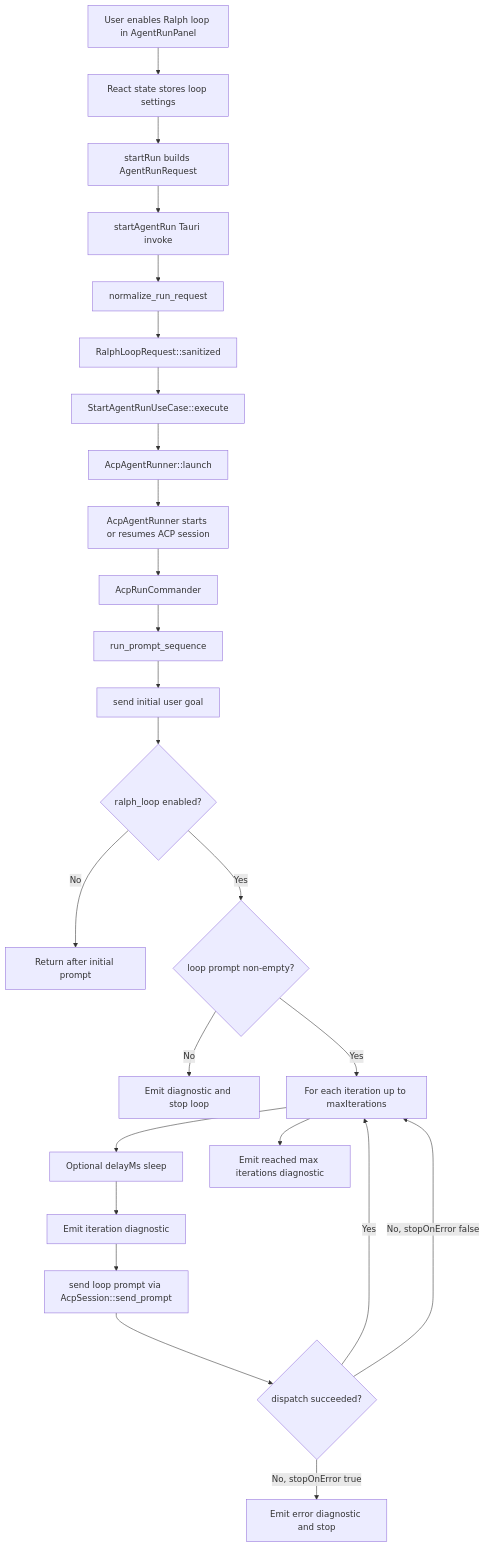
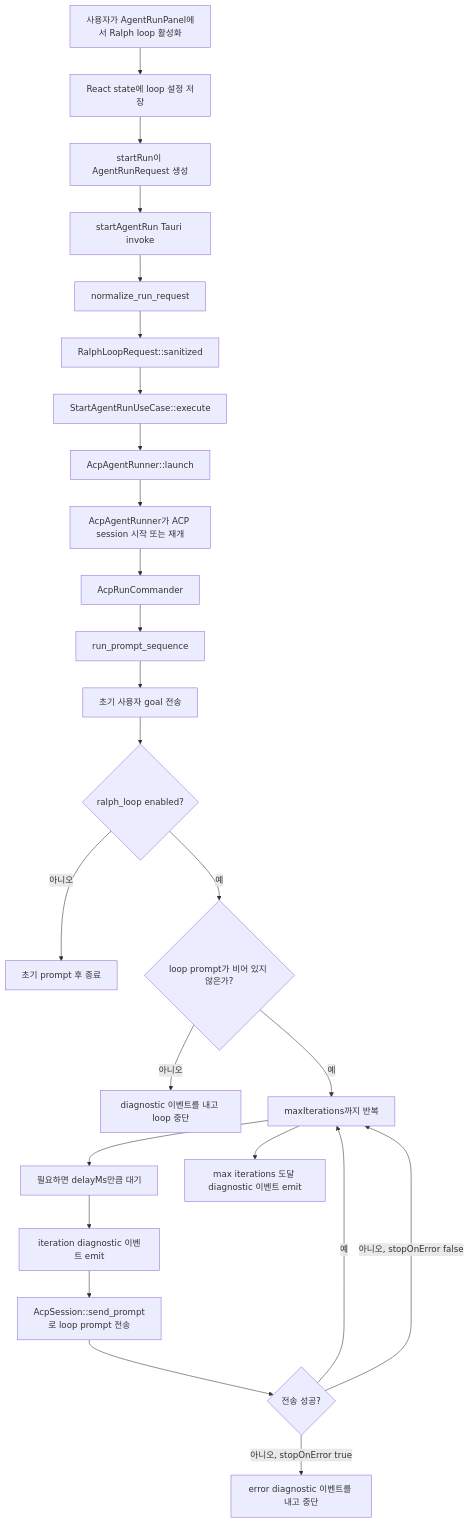
The diagram in docs/ralph-mode-implementation.md (yoophi/agentic-workbench), drawn with Mermaid before and after one commit. The commit also changed other lines of this file, not shown here.

Commit message:
Translate Ralph mode documentation to Korean

````diff
--- a/docs/ralph-mode-implementation.md
+++ b/docs/ralph-mode-implementation.md
@@ -13,27 +13,27 @@
 ```mermaid
 flowchart TD
-  User[User enables Ralph loop in AgentRunPanel] --> UIState[React state stores loop settings]
-  UIState --> StartRun[startRun builds AgentRunRequest]
+  User[사용자가 AgentRunPanel에서 Ralph loop 활성화] --> UIState[React state에 loop 설정 저장]
+  UIState --> StartRun[startRun이 AgentRunRequest 생성]
   StartRun --> TauriInvoke[startAgentRun Tauri invoke]
   TauriInvoke --> Normalize[normalize_run_request]
   Normalize --> Sanitize[RalphLoopRequest::sanitized]
   Sanitize --> UseCase[StartAgentRunUseCase::execute]
   UseCase --> Launcher[AcpAgentRunner::launch]
-  Launcher --> Session[AcpAgentRunner starts or resumes ACP session]
+  Launcher --> Session[AcpAgentRunner가 ACP session 시작 또는 재개]
   Session --> Commander[AcpRunCommander]
   Commander --> Sequence[run_prompt_sequence]
-  Sequence --> Initial[send initial user goal]
+  Sequence --> Initial[초기 사용자 goal 전송]
   Initial --> Enabled{ralph_loop enabled?}
-  Enabled -- No --> Done[Return after initial prompt]
-  Enabled -- Yes --> PromptValid{loop prompt non-empty?}
-  PromptValid -- No --> EmptyStop[Emit diagnostic and stop loop]
-  PromptValid -- Yes --> Loop[For each iteration up to maxIterations]
-  Loop --> Delay[Optional delayMs sleep]
-  Delay --> Diagnostic[Emit iteration diagnostic]
-  Diagnostic --> FollowUp[send loop prompt via AcpSession::send_prompt]
-  FollowUp --> DispatchOk{dispatch succeeded?}
-  DispatchOk -- Yes --> Loop
-  DispatchOk -- No, stopOnError true --> ErrorStop[Emit error diagnostic and stop]
-  DispatchOk -- No, stopOnError false --> Loop
-  Loop --> MaxStop[Emit reached max iterations diagnostic]
+  Enabled -- 아니오 --> Done[초기 prompt 후 종료]
+  Enabled -- 예 --> PromptValid{loop prompt가 비어 있지 않은가?}
+  PromptValid -- 아니오 --> EmptyStop[diagnostic 이벤트를 내고 loop 중단]
+  PromptValid -- 예 --> Loop[maxIterations까지 반복]
+  Loop --> Delay[필요하면 delayMs만큼 대기]
+  Delay --> Diagnostic[iteration diagnostic 이벤트 emit]
+  Diagnostic --> FollowUp[AcpSession::send_prompt로 loop prompt 전송]
+  FollowUp --> DispatchOk{전송 성공?}
+  DispatchOk -- 예 --> Loop
+  DispatchOk -- 아니오, stopOnError true --> ErrorStop[error diagnostic 이벤트를 내고 중단]
+  DispatchOk -- 아니오, stopOnError false --> Loop
+  Loop --> MaxStop[max iterations 도달 diagnostic 이벤트 emit]
 ```
````
